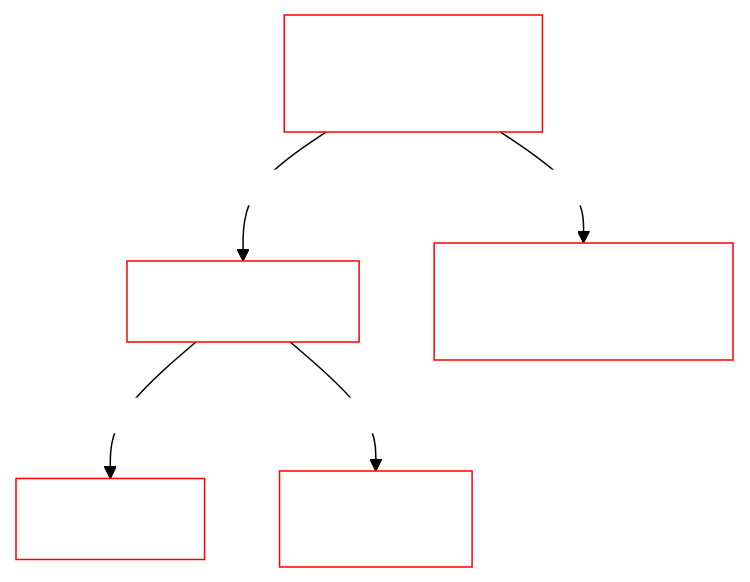
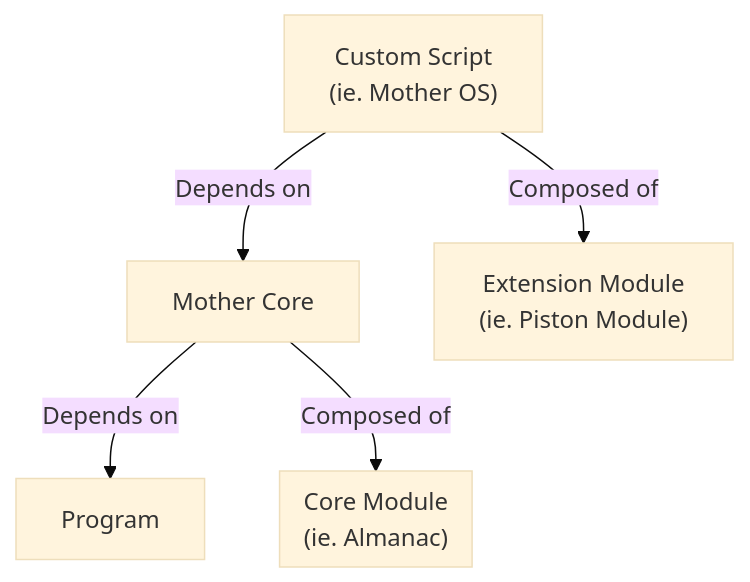
One commit to lukejamesmorrison/mother-docs changed the diagram in docs/Framework/README.md. Above: the diagram before and after it, drawn with Mermaid. The commit also changed 17 other files, not shown here.

````diff
--- a/docs/Framework/README.md
+++ b/docs/Framework/README.md
@@ -74,29 +74,20 @@
 ```mermaid
 %%{
   init: {
     'theme': 'base',
     'themeVariables': {
-        'primaryColor': '#BB2528',
-        'primaryTextColor': '#fff',
-        'primaryBorderColor': '#7C0000',
-        'mainBkg': 'white',
-        'nodeBorder': 'red',
-        'lineColor': 'black',
-        'secondaryColor': 'white',
-        'secondaryBorderColor': 'black',
-        'tertiaryColor': '#F2F2F2',
-        'tertiaryBorderColor': 'black'
+    
     }
   }
 }%%
 
 graph TD
     MotherCore["Mother Core"] -->|Depends on| Program["Program"]
     MotherCore["Mother Core"] -->|Composed of| CoreModule["Core Modules"]
     Mother["Custom Script<br>(ie. Mother OS)"] -->|Depends on| MotherCore["Mother Core"]
 
     Mother -->|Composed of| ExtensionModule["Extension Module<br>(ie. Piston Module)"]
 
     subgraph CoreModule["Core Module<br>(ie. Almanac)"]
     end
 ```
````
